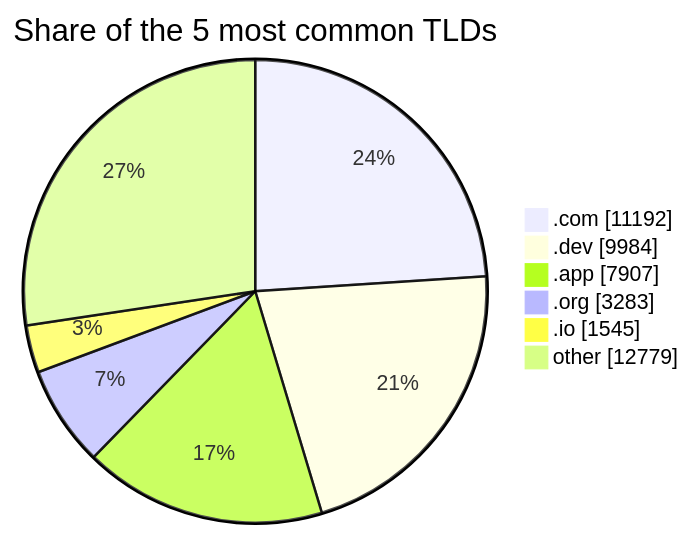
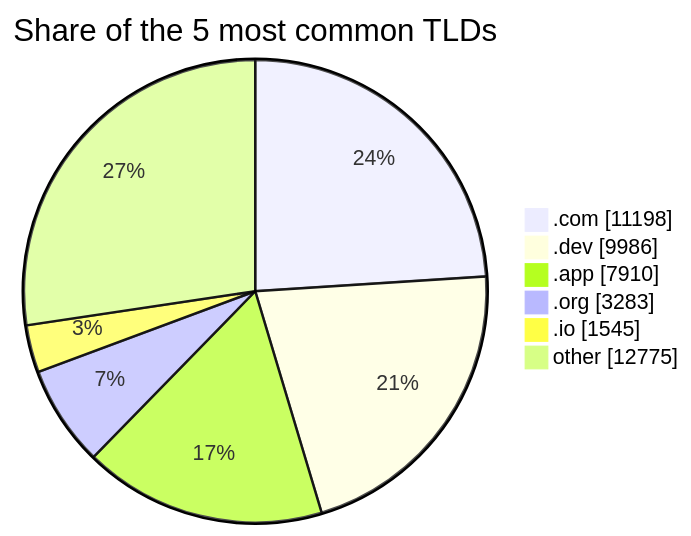
One commit to DNSBunker/CTI changed the third of 3 diagrams in README.md. Above: the diagram before and after it, drawn with Mermaid. The commit also changed other lines of this file and 3 other files, not shown here.

````diff
--- a/README.md
+++ b/README.md
@@ -81,9 +81,9 @@
 ```mermaid
 pie showData title Share of the 5 most common TLDs
-    ".com" : 11192
-    ".dev" : 9984
-    ".app" : 7907
+    ".com" : 11198
+    ".dev" : 9986
+    ".app" : 7910
     ".org" : 3283
     ".io" : 1545
-    "other" : 12779
+    "other" : 12775
 ```
````
